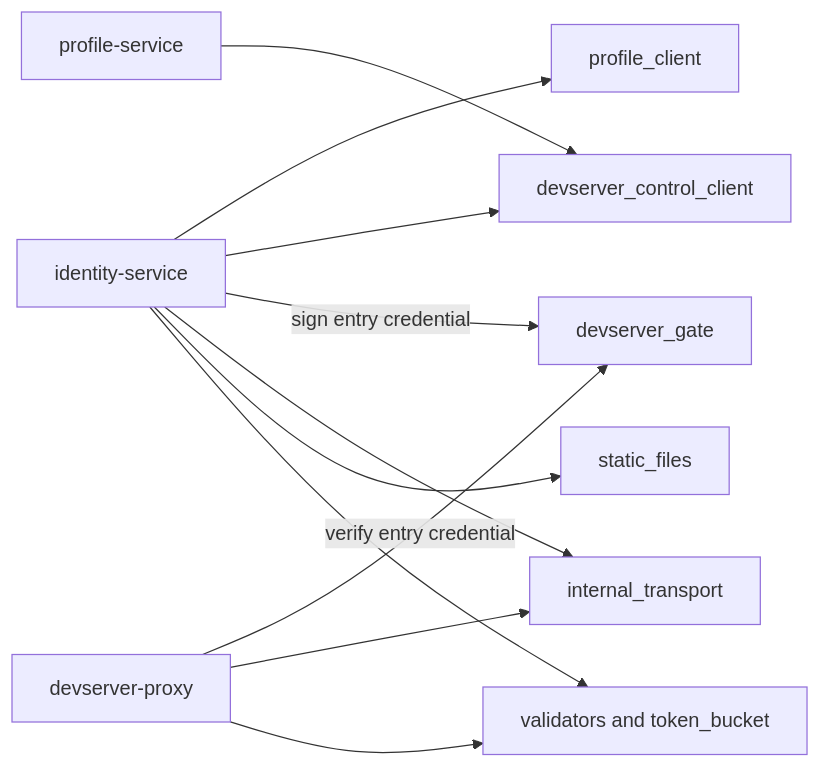
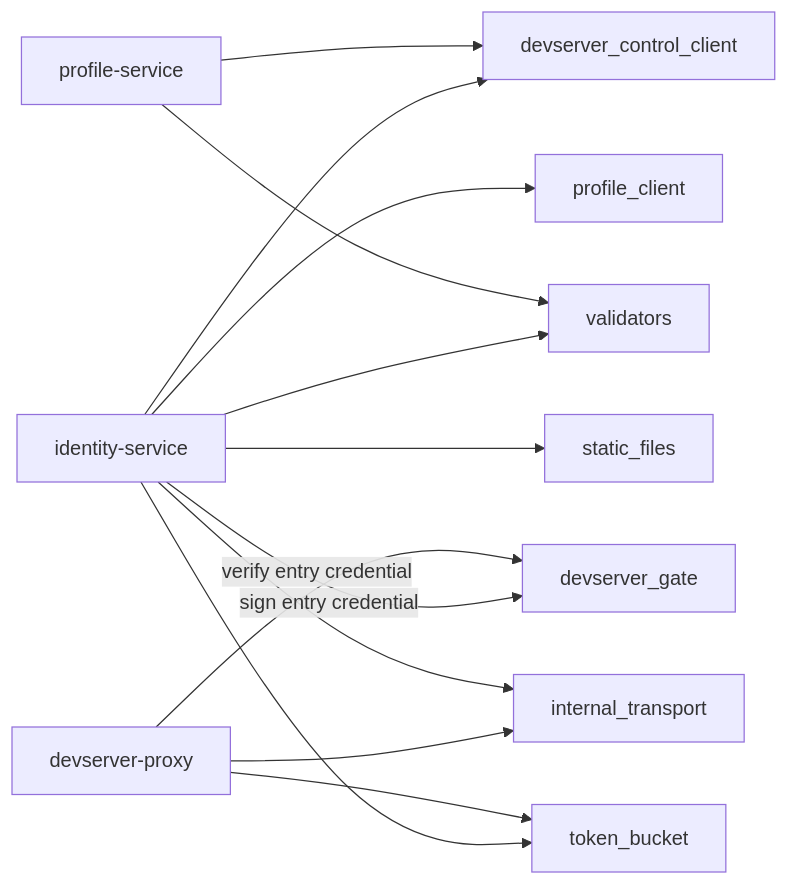
Before and after one commit to fiorix/chan: the diagram in gateway/crates/gateway-common/design.md, drawn with Mermaid. The commit also changed other lines of this file and 23 other files, not shown here.

````diff
--- a/gateway/crates/gateway-common/design.md
+++ b/gateway/crates/gateway-common/design.md
@@ -19,13 +19,15 @@
 ```mermaid
 flowchart LR
   identity[identity-service] --> profile[profile_client]
   identity --> control[devserver_control_client]
   identity -->|sign entry credential| gate[devserver_gate]
   proxy[devserver-proxy] -->|verify entry credential| gate
   proxy --> internal[internal_transport]
   identity --> internal
   profile_service[profile-service] --> control
   identity --> static[static_files]
-  identity --> validators[validators and token_bucket]
-  proxy --> validators
+  identity --> validators[validators]
+  profile_service --> validators
+  identity --> bucket[token_bucket]
+  proxy --> bucket
 ```
````
